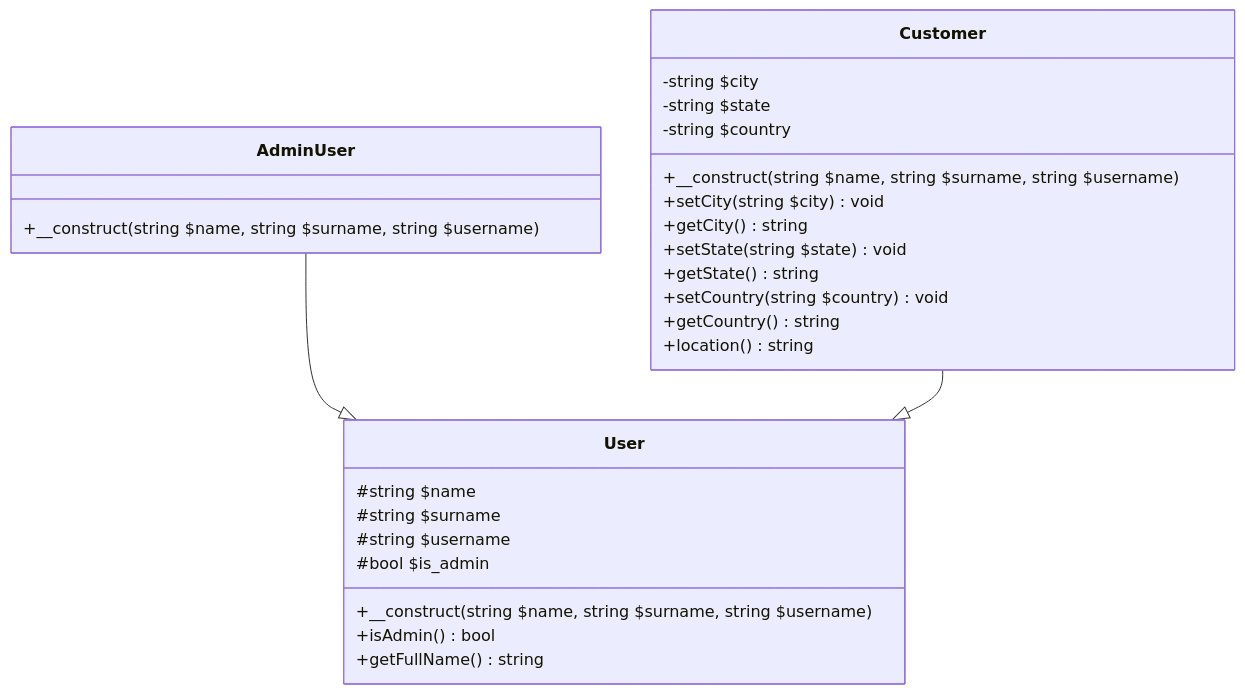
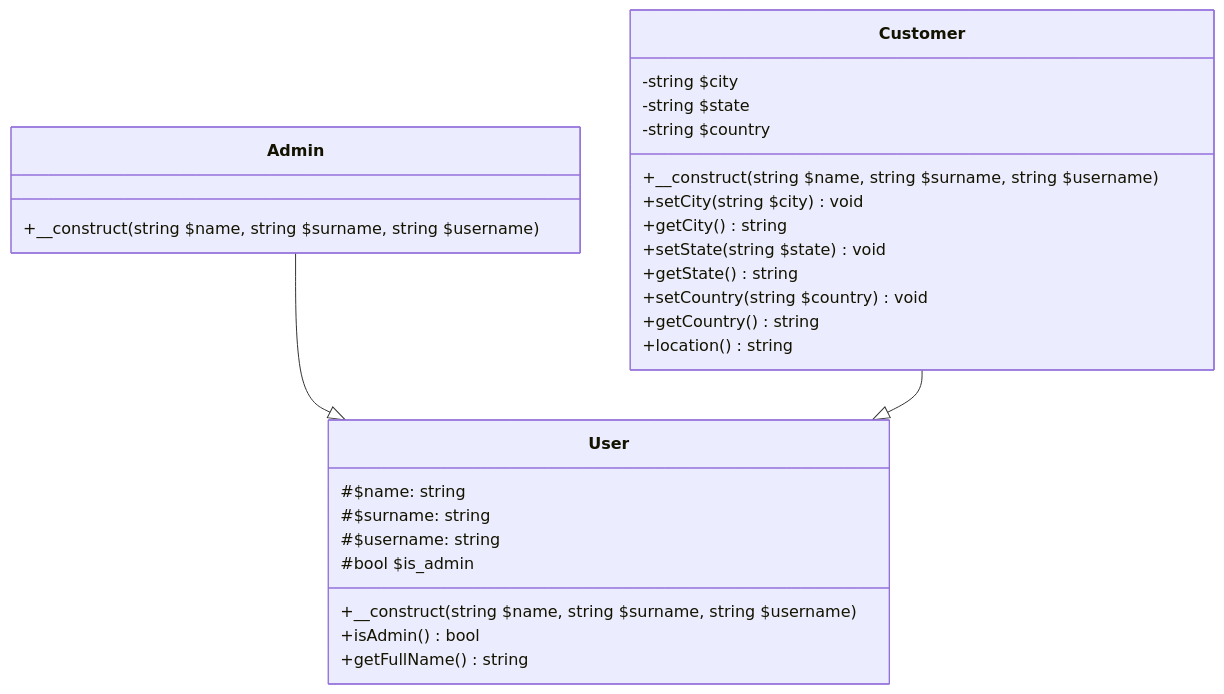
The sixth of 7 diagrams in README.md (ludovic-esperce/php-poo-learning), drawn with Mermaid before and after one commit. The commit also changed other lines of this file and 8 other files, not shown here.

````diff
--- a/README.md
+++ b/README.md
@@ -199,33 +276,33 @@
 ```mermaid
 classDiagram
     class User {
-        #string $name
-        #string $surname
-        #string $username
+        #$name: string
+        #$surname: string
+        #$username: string
         #bool $is_admin
         +__construct(string $name, string $surname, string $username)
         +isAdmin() bool
         +getFullName() string
     }
 
-    class AdminUser {
+    class Admin {
         +__construct(string $name, string $surname, string $username)
     }
 
     class Customer {
         -string $city
         -string $state
         -string $country
         +__construct(string $name, string $surname, string $username)
         +setCity(string $city) void
         +getCity() string
         +setState(string $state) void
         +getState() string
         +setCountry(string $country) void
         +getCountry() string
         +location() string
     }
 
-    AdminUser --|> User
+    Admin --|> User
     Customer --|> User
 ```
````
